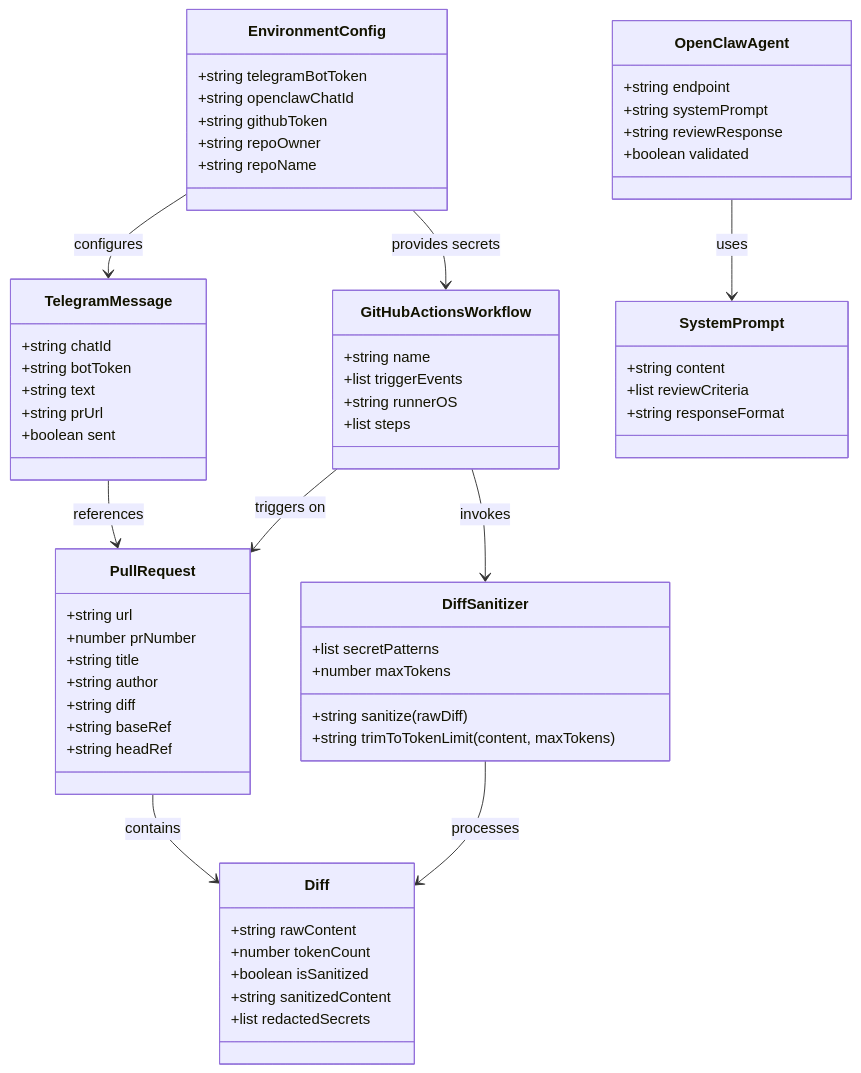
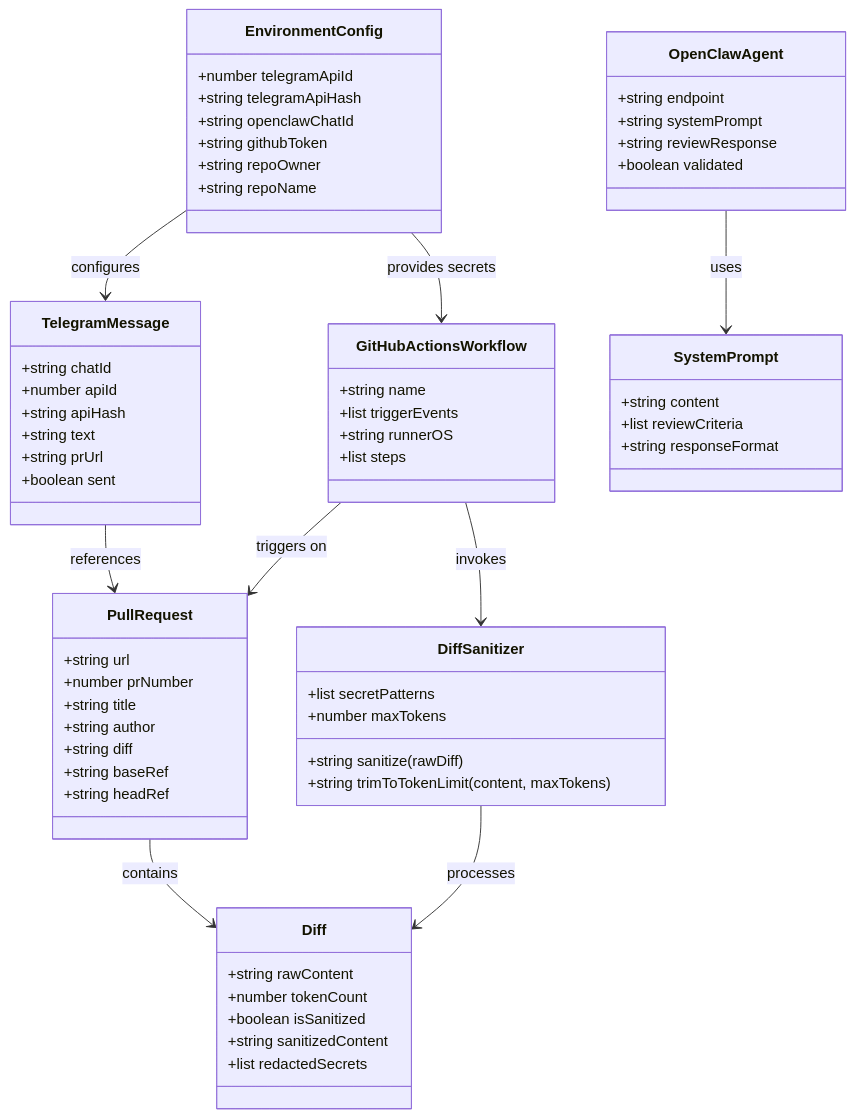
Before and after one commit to lulu731/AI_PR_Reviewer: the diagram in spdd/prompt/GGQPA-XXX-202604292320-[Feat]-ai-pr-reviewer.md, drawn with Mermaid. The commit also changed other lines of this file and 9 other files, not shown here.

First line of the commit message:
feat: replace Telegram Bot API with eilvelia/tdl user client

````diff
--- a/spdd/prompt/GGQPA-XXX-202604292320-[Feat]-ai-pr-reviewer.md
+++ b/spdd/prompt/GGQPA-XXX-202604292320-[Feat]-ai-pr-reviewer.md
@@ -8,74 +8,76 @@
 ```mermaid
 classDiagram
 direction TB
 
 class PullRequest {
   +string url
   +number prNumber
   +string title
   +string author
   +string diff
   +string baseRef
   +string headRef
 }
 
 class Diff {
   +string rawContent
   +number tokenCount
   +boolean isSanitized
   +string sanitizedContent
   +list redactedSecrets
 }
 
 class TelegramMessage {
   +string chatId
-  +string botToken
+  +number apiId
+  +string apiHash
   +string text
   +string prUrl
   +boolean sent
 }
 
 class OpenClawAgent {
   +string endpoint
   +string systemPrompt
   +string reviewResponse
   +boolean validated
 }
 
 class GitHubActionsWorkflow {
   +string name
   +list triggerEvents
   +string runnerOS
   +list steps
 }
 
 class SystemPrompt {
   +string content
   +list reviewCriteria
   +string responseFormat
 }
 
 class DiffSanitizer {
   +list secretPatterns
   +number maxTokens
   +string sanitize(rawDiff)
   +string trimToTokenLimit(content, maxTokens)
 }
 
 class EnvironmentConfig {
-  +string telegramBotToken
+  +number telegramApiId
+  +string telegramApiHash
   +string openclawChatId
   +string githubToken
   +string repoOwner
   +string repoName
 }
 
 PullRequest --> Diff : contains
 TelegramMessage --> PullRequest : references
 OpenClawAgent --> SystemPrompt : uses
 GitHubActionsWorkflow --> PullRequest : triggers on
 GitHubActionsWorkflow --> DiffSanitizer : invokes
 DiffSanitizer --> Diff : processes
 EnvironmentConfig --> TelegramMessage : configures
 EnvironmentConfig --> GitHubActionsWorkflow : provides secrets
 ```
````
